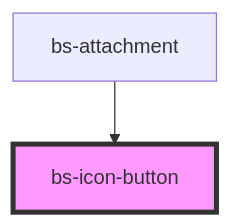
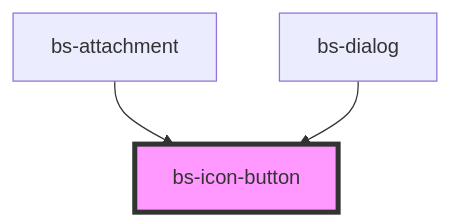
The diagram in src/components/bs-button/bs-icon-button/readme.md (vivka-eg/Brandsync-web-components), drawn with Mermaid before and after one commit. The commit also changed other lines of this file and 81 other files, not shown here.

````diff
--- a/src/components/bs-button/bs-icon-button/readme.md
+++ b/src/components/bs-button/bs-icon-button/readme.md
@@ -117,5 +118,6 @@
 ```mermaid
 graph TD;
   bs-attachment --> bs-icon-button
+  bs-dialog --> bs-icon-button
   style bs-icon-button fill:#f9f,stroke:#333,stroke-width:4px
 ```
````
